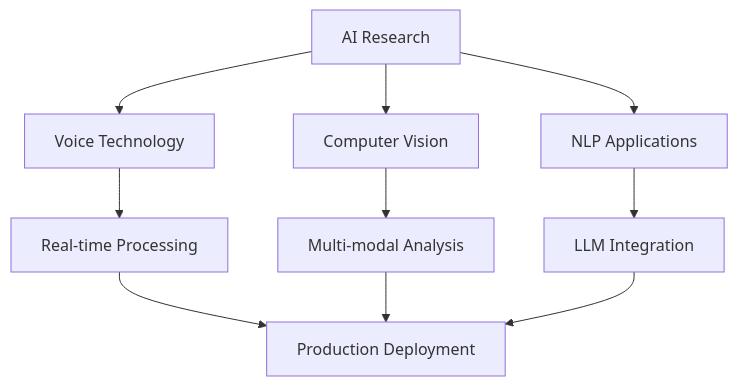
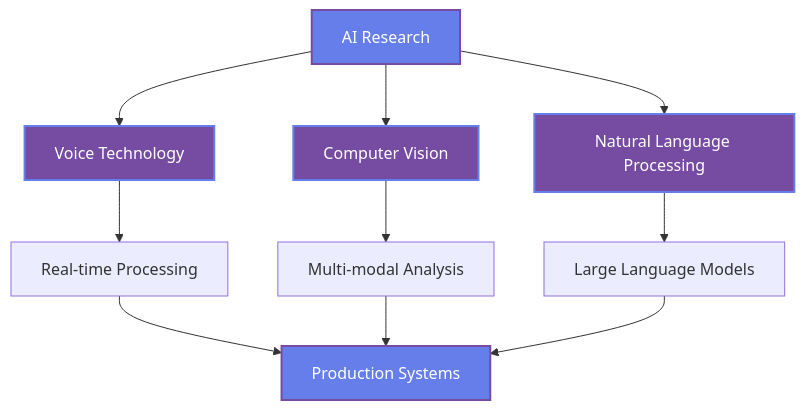
Before and after one commit to yoonjae26/yoonjae26: the diagram in README.md, drawn with Mermaid. The commit also changed other lines of this file, not shown here.

````diff
--- a/README.md
+++ b/README.md
@@ -150,12 +216,18 @@
 ```mermaid
 graph TD
     A[AI Research] --> B[Voice Technology]
     A --> C[Computer Vision]
-    A --> D[NLP Applications]
+    A --> D[Natural Language Processing]
     B --> E[Real-time Processing]
     C --> F[Multi-modal Analysis]
-    D --> G[LLM Integration]
-    E --> H[Production Deployment]
+    D --> G[Large Language Models]
+    E --> H[Production Systems]
     F --> H
     G --> H
+    
+    style A fill:#667eea,stroke:#764ba2,stroke-width:2px,color:#fff
+    style B fill:#764ba2,stroke:#667eea,stroke-width:2px,color:#fff
+    style C fill:#764ba2,stroke:#667eea,stroke-width:2px,color:#fff
+    style D fill:#764ba2,stroke:#667eea,stroke-width:2px,color:#fff
+    style H fill:#667eea,stroke:#764ba2,stroke-width:2px,color:#fff
 ```
````
